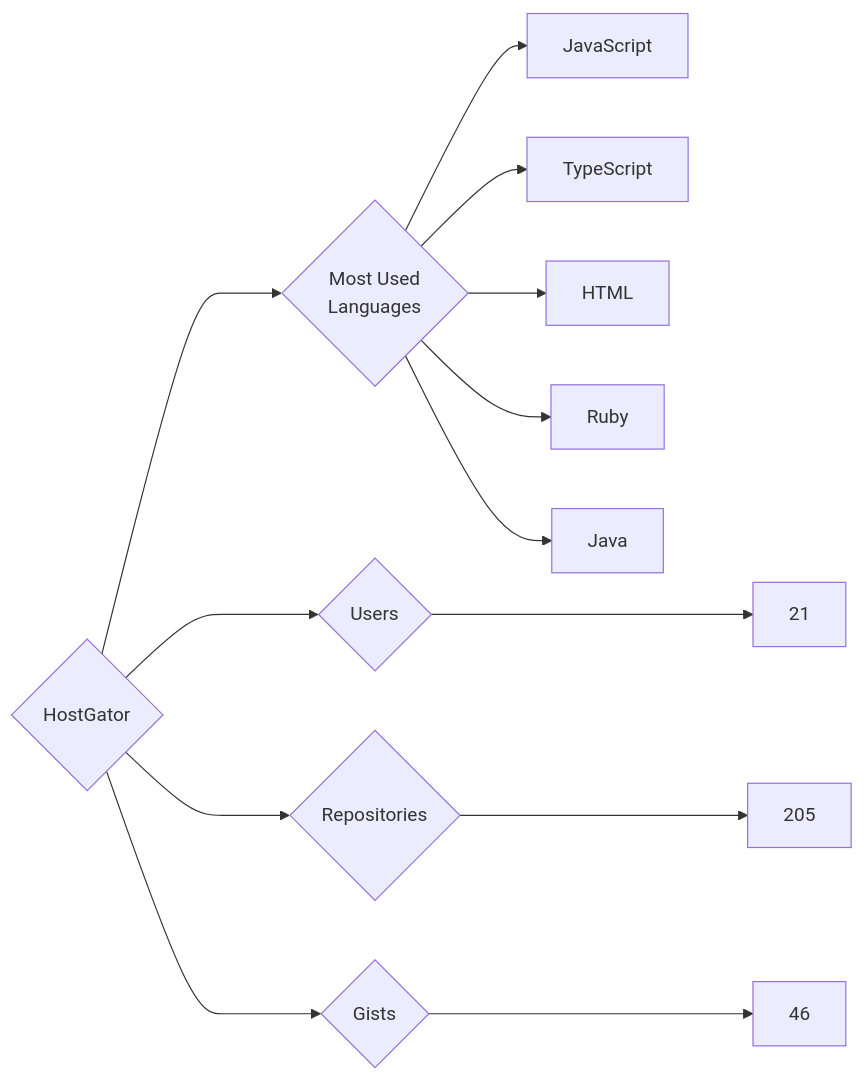
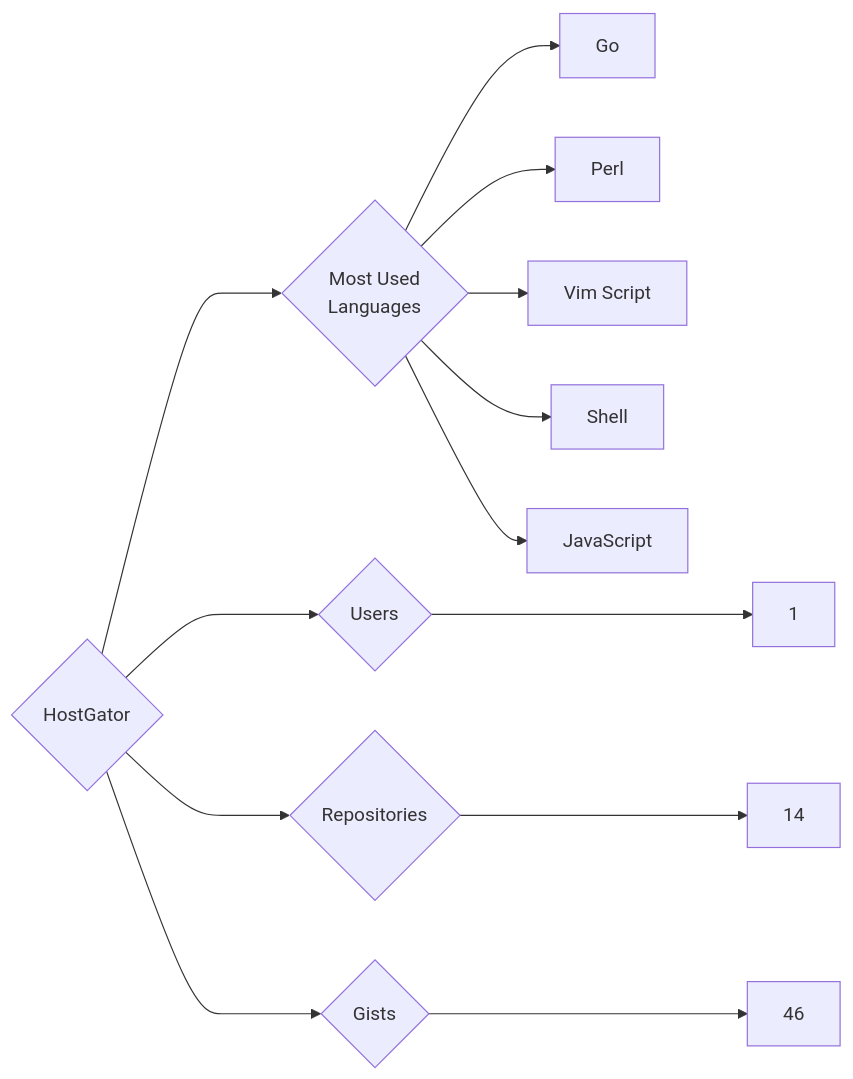
The diagram in targets/HostGator/README.md (trickest/insiders), drawn with Mermaid before and after one commit. The commit also changed 440 other files, not shown here.

````diff
--- a/targets/HostGator/README.md
+++ b/targets/HostGator/README.md
@@ -3,13 +3,13 @@
 ```mermaid
 graph LR
 COMPANY_NAME{HostGator}
-COMPANY_NAME ---> U{Users} ---> UN[21]
-COMPANY_NAME ---> R{Repositories} ---> RN[205]
+COMPANY_NAME ---> U{Users} ---> UN[1]
+COMPANY_NAME ---> R{Repositories} ---> RN[14]
 COMPANY_NAME ---> G{Gists} ---> GN[46]
 COMPANY_NAME ---> ML{Most Used<br>Languages}
+ML --> Go[Go]
+ML --> Perl[Perl]
+ML --> Vim_Script[Vim Script]
+ML --> Shell[Shell]
 ML --> JavaScript[JavaScript]
-ML --> TypeScript[TypeScript]
-ML --> HTML[HTML]
-ML --> Ruby[Ruby]
-ML --> Java[Java]
 ```
````
